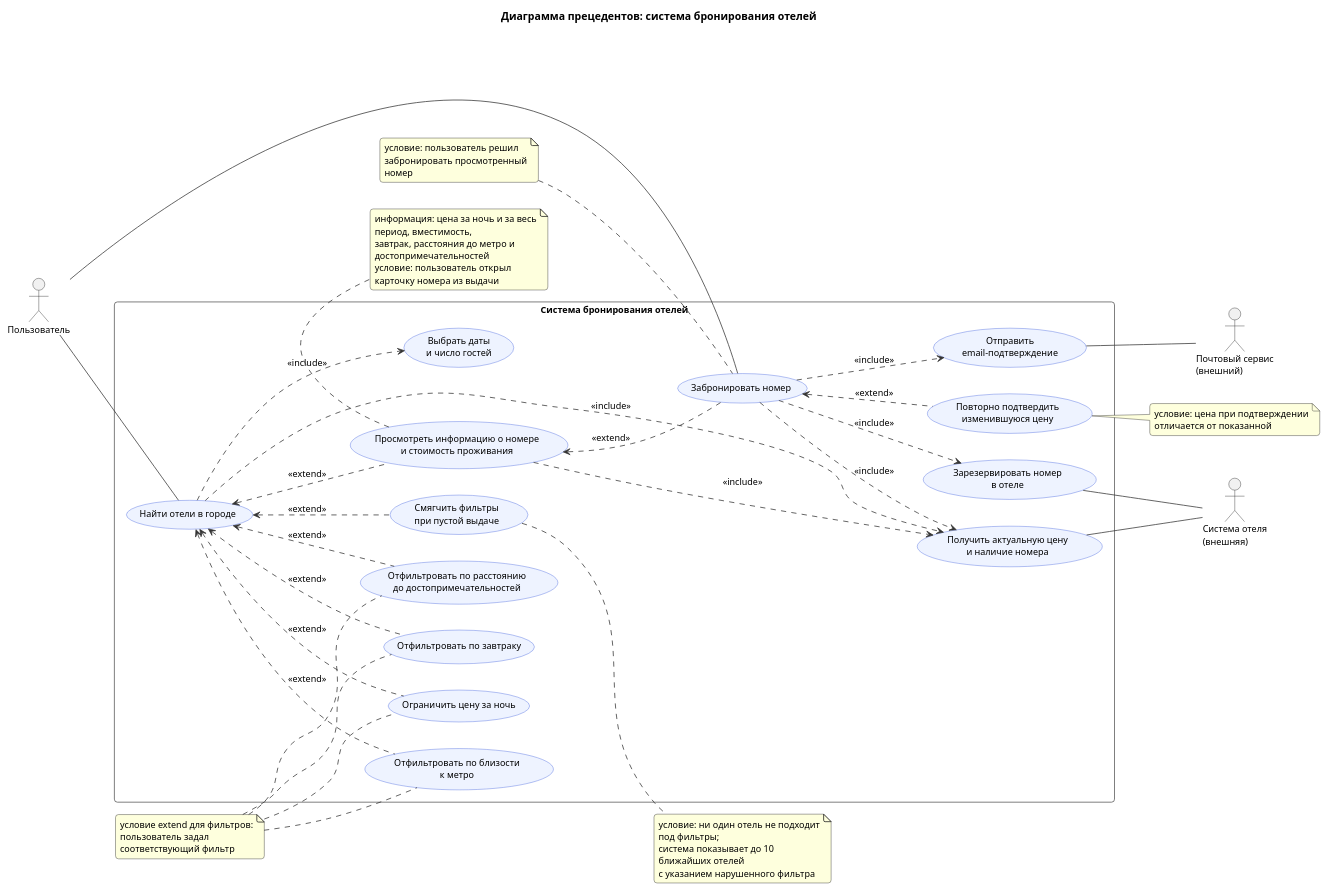
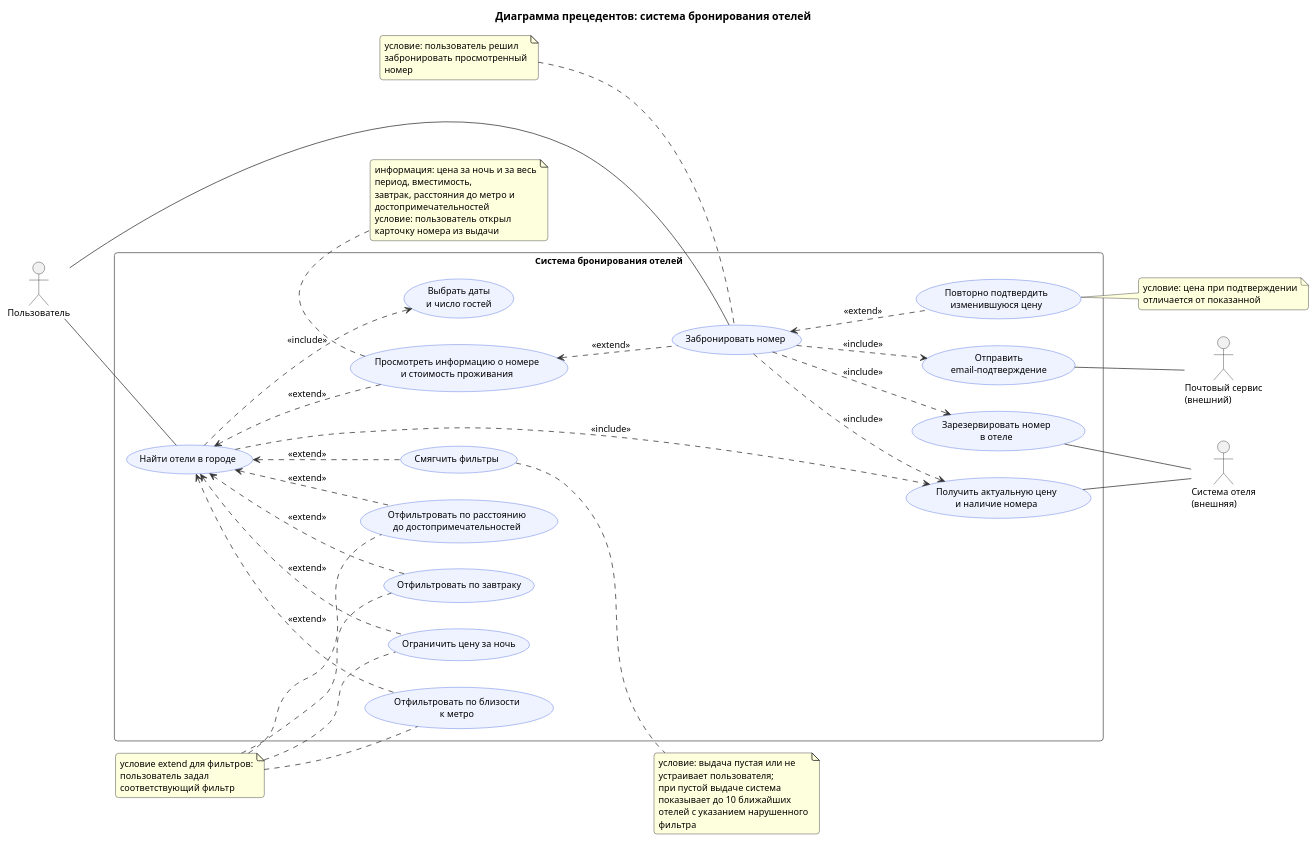
Before and after one commit to Remsely/cu-system-analysis: the diagram in hw2/1_1_usecase.puml, drawn with PlantUML. The commit also changed 1 other file, not shown here.

Commit message:
fix: align use case and activity diagrams with each other
- Activity lane "Отель" renamed to "Система отеля" to match the actor.
- Dropped include from room-info view to price check: the card uses
  prices from the search results (freshness <= 5 min per hw1).
- "Смягчить фильтры" no longer limited to empty results, matching the
  activity flow; the note keeps the nearest-hotels behaviour.
- Nearest hotels are shown "с указанием нарушенного фильтра" in both
  diagrams, as in hw1 acceptance criteria.

Claude-Session: https://claude.ai/code/session_01GqxdLWzwTh89iq96gpoYoC

```diff
--- a/hw2/1_1_usecase.puml
+++ b/hw2/1_1_usecase.puml
@@ -1,97 +1,96 @@
 @startuml
 
 skinparam shadowing false
 skinparam defaultFontSize 12
 skinparam backgroundColor white
 skinparam roundCorner 8
 skinparam ArrowColor #333333
 skinparam wrapWidth 220
 skinparam actorStyle stickman
 skinparam usecase {
   BackgroundColor #EEF3FF
   BorderColor #3B5BDB
 }
 skinparam rectangle {
   BackgroundColor #FFFFFF
   BorderColor #555555
 }
 left to right direction
 
 title Диаграмма прецедентов: система бронирования отелей
 
 actor "Пользователь" as User
 actor "Система отеля\n(внешняя)" as HotelSys
 actor "Почтовый сервис\n(внешний)" as Mail
 
 rectangle "Система бронирования отелей" {
   usecase "Найти отели в городе" as UC_Search
   usecase "Выбрать даты\nи число гостей" as UC_Dates
   usecase "Отфильтровать по близости\nк метро" as UC_Metro
   usecase "Отфильтровать по расстоянию\nдо достопримечательностей" as UC_Attr
   usecase "Отфильтровать по завтраку" as UC_Breakfast
   usecase "Ограничить цену за ночь" as UC_Price
-  usecase "Смягчить фильтры\nпри пустой выдаче" as UC_Relax
+  usecase "Смягчить фильтры" as UC_Relax
   usecase "Просмотреть информацию о номере\nи стоимость проживания" as UC_ViewPrice
   usecase "Получить актуальную цену\nи наличие номера" as UC_Actual
   usecase "Забронировать номер" as UC_Book
   usecase "Повторно подтвердить\nизменившуюся цену" as UC_Reconfirm
   usecase "Зарезервировать номер\nв отеле" as UC_Reserve
   usecase "Отправить\nemail-подтверждение" as UC_Email
 }
 
 User -- UC_Search
 User -- UC_Book
 
 UC_Search ..> UC_Dates : <<include>>
 UC_Search ..> UC_Actual : <<include>>
-UC_ViewPrice ..> UC_Actual : <<include>>
 UC_Book ..> UC_Actual : <<include>>
 UC_Book ..> UC_Reserve : <<include>>
 UC_Book ..> UC_Email : <<include>>
 
 UC_Metro .up.> UC_Search : <<extend>>
 UC_Attr .up.> UC_Search : <<extend>>
 UC_Breakfast .up.> UC_Search : <<extend>>
 UC_Price .up.> UC_Search : <<extend>>
 UC_Relax .up.> UC_Search : <<extend>>
 UC_ViewPrice .up.> UC_Search : <<extend>>
 UC_Book .up.> UC_ViewPrice : <<extend>>
 UC_Reconfirm .up.> UC_Book : <<extend>>
 
 UC_Actual -- HotelSys
 UC_Reserve -- HotelSys
 UC_Email -- Mail
 
 note bottom of UC_ViewPrice
   информация: цена за ночь и за весь период, вместимость,
   завтрак, расстояния до метро и достопримечательностей
   условие: пользователь открыл карточку номера из выдачи
 end note
 
 note left of UC_Book
   условие: пользователь решил
   забронировать просмотренный номер
 end note
 
 note as N_Filters
   условие extend для фильтров:
   пользователь задал соответствующий фильтр
 end note
 
 N_Filters .. UC_Metro
 N_Filters .. UC_Attr
 N_Filters .. UC_Breakfast
 N_Filters .. UC_Price
 
 note right of UC_Relax
-  условие: ни один отель не подходит под фильтры;
-  система показывает до 10 ближайших отелей
-  с указанием нарушенного фильтра
+  условие: выдача пустая или не устраивает пользователя;
+  при пустой выдаче система показывает до 10 ближайших
+  отелей с указанием нарушенного фильтра
 end note
 
 note right of UC_Reconfirm
   условие: цена при подтверждении
   отличается от показанной
 end note
 
 @enduml
```
